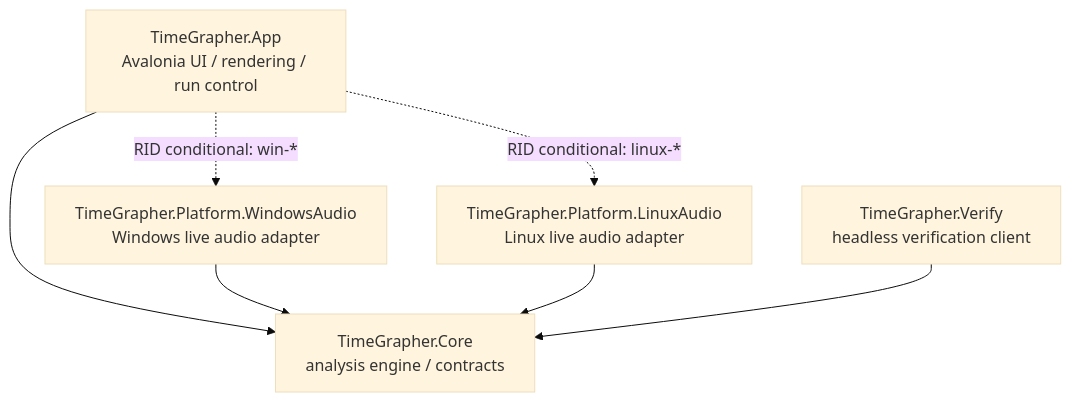
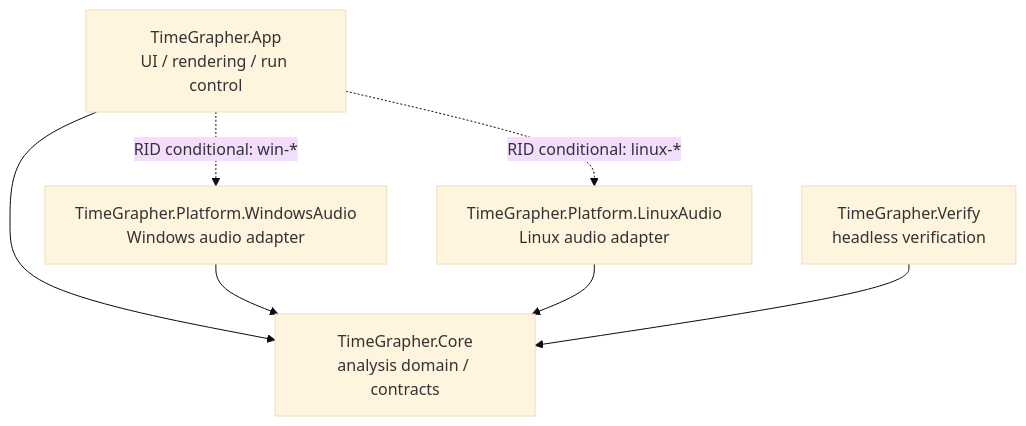
Before and after one commit to lgcmu2026-team5/TimeGrapher-Docs: the first of 2 diagrams in TempDocs/JD/MODULE_USES_VIEW_JD.ko.md, drawn with Mermaid (base theme). The commit also changed other lines of this file and 1 other file, not shown here.

````diff
--- a/TempDocs/JD/MODULE_USES_VIEW_JD.ko.md
+++ b/TempDocs/JD/MODULE_USES_VIEW_JD.ko.md
@@ -13,15 +13,15 @@
 ```mermaid
 flowchart TB
-    App["TimeGrapher.App<br/>Avalonia UI / rendering / run control"]
-    Core["TimeGrapher.Core<br/>analysis engine / contracts"]
-    Win["TimeGrapher.Platform.WindowsAudio<br/>Windows live audio adapter"]
-    Linux["TimeGrapher.Platform.LinuxAudio<br/>Linux live audio adapter"]
-    Verify["TimeGrapher.Verify<br/>headless verification client"]
+    App["TimeGrapher.App<br/>UI / rendering / run control"]
+    Core["TimeGrapher.Core<br/>analysis domain / contracts"]
+    Win["TimeGrapher.Platform.WindowsAudio<br/>Windows audio adapter"]
+    Linux["TimeGrapher.Platform.LinuxAudio<br/>Linux audio adapter"]
+    Verify["TimeGrapher.Verify<br/>headless verification"]
 
     App --> Core
     App -. "RID conditional: win-*" .-> Win
     App -. "RID conditional: linux-*" .-> Linux
     Win --> Core
     Linux --> Core
     Verify --> Core
 ```
````
